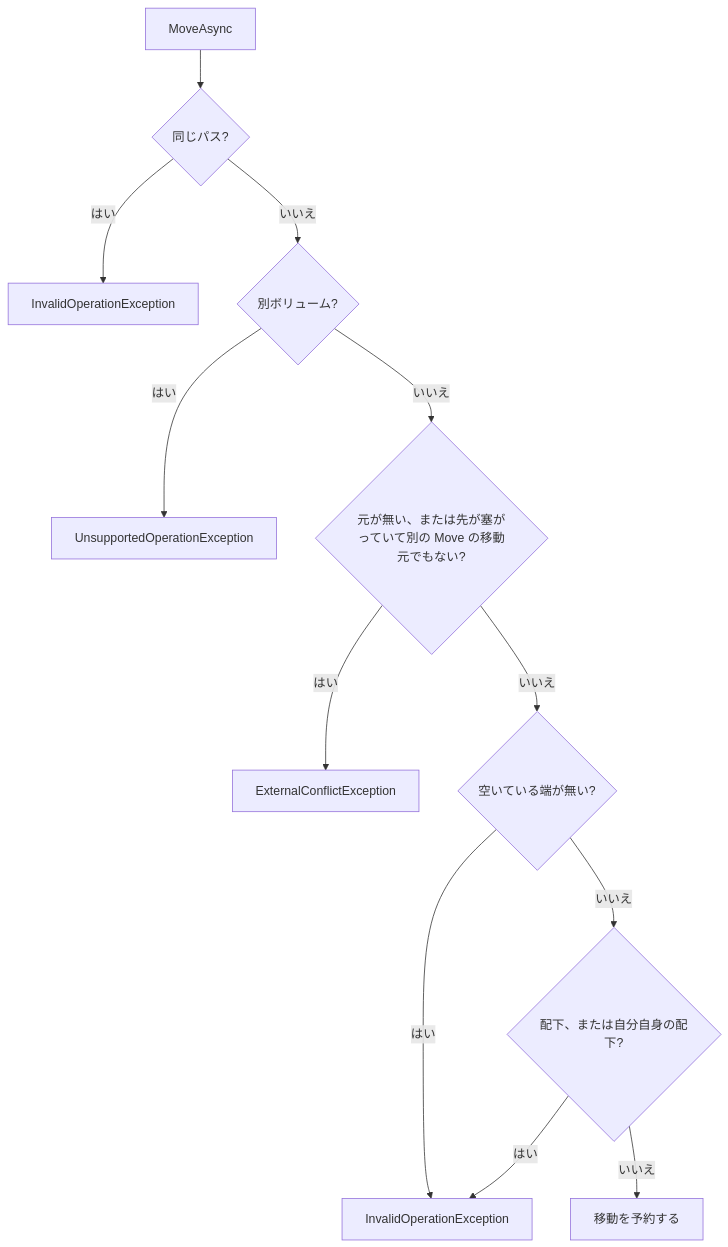
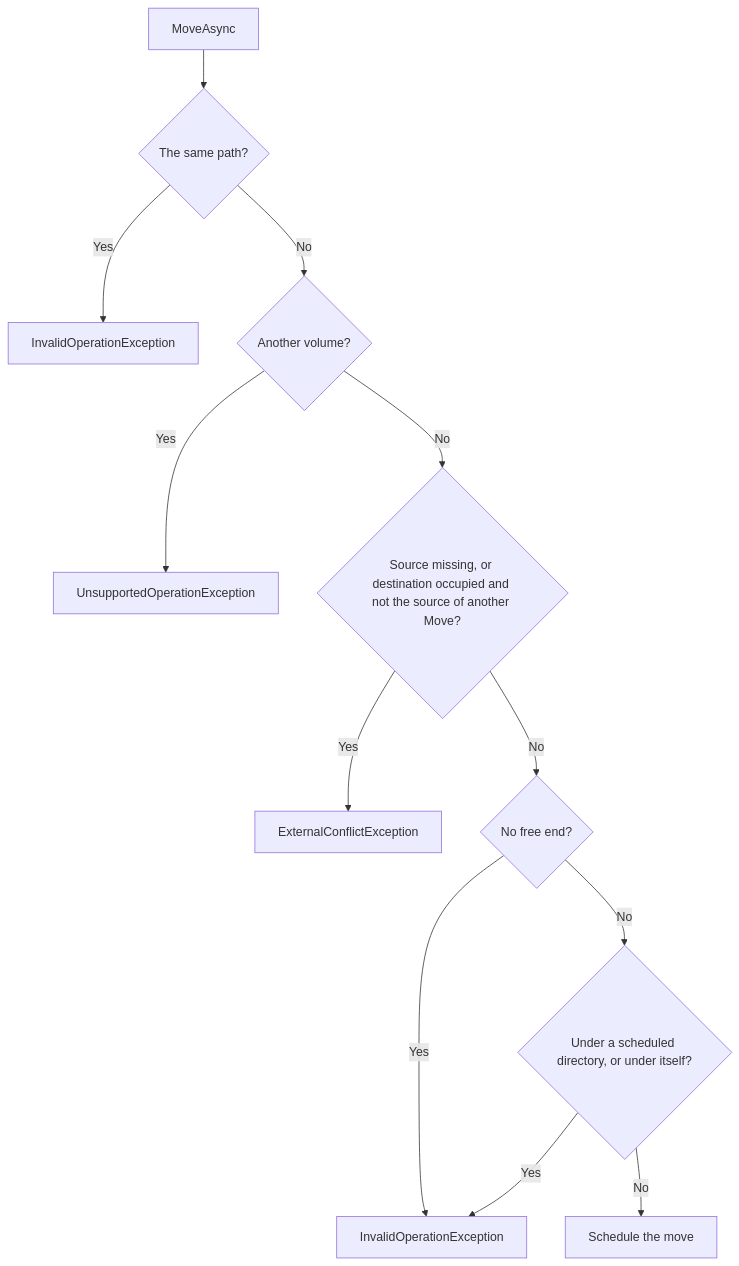
The ninth of 15 diagrams in README.md (YUKIKEDA/Txfio), drawn with Mermaid before and after one commit. The commit also changed other lines of this file and 218 other files, not shown here.

````diff
--- a/README.md
+++ b/README.md
@@ -326,14 +328,14 @@
 ```mermaid
 flowchart TD
-  move["MoveAsync"] --> same{"同じパス?"}
-  same -->|はい| invSame["InvalidOperationException"]
-  same -->|いいえ| vol{"別ボリューム?"}
-  vol -->|はい| uns["UnsupportedOperationException"]
-  vol -->|いいえ| place{"元が無い、または先が塞がっていて別の Move の移動元でもない?"}
-  place -->|はい| ext["ExternalConflictException"]
-  place -->|いいえ| cycle{"空いている端が無い?"}
-  cycle -->|はい| inv["InvalidOperationException"]
-  cycle -->|いいえ| under{"配下、または自分自身の配下?"}
-  under -->|はい| inv
-  under -->|いいえ| ok["移動を予約する"]
+  move["MoveAsync"] --> same{"The same path?"}
+  same -->|Yes| invSame["InvalidOperationException"]
+  same -->|No| vol{"Another volume?"}
+  vol -->|Yes| uns["UnsupportedOperationException"]
+  vol -->|No| place{"Source missing, or destination occupied and not the source of another Move?"}
+  place -->|Yes| ext["ExternalConflictException"]
+  place -->|No| cycle{"No free end?"}
+  cycle -->|Yes| inv["InvalidOperationException"]
+  cycle -->|No| under{"Under a scheduled directory, or under itself?"}
+  under -->|Yes| inv
+  under -->|No| ok["Schedule the move"]
 ```
````
